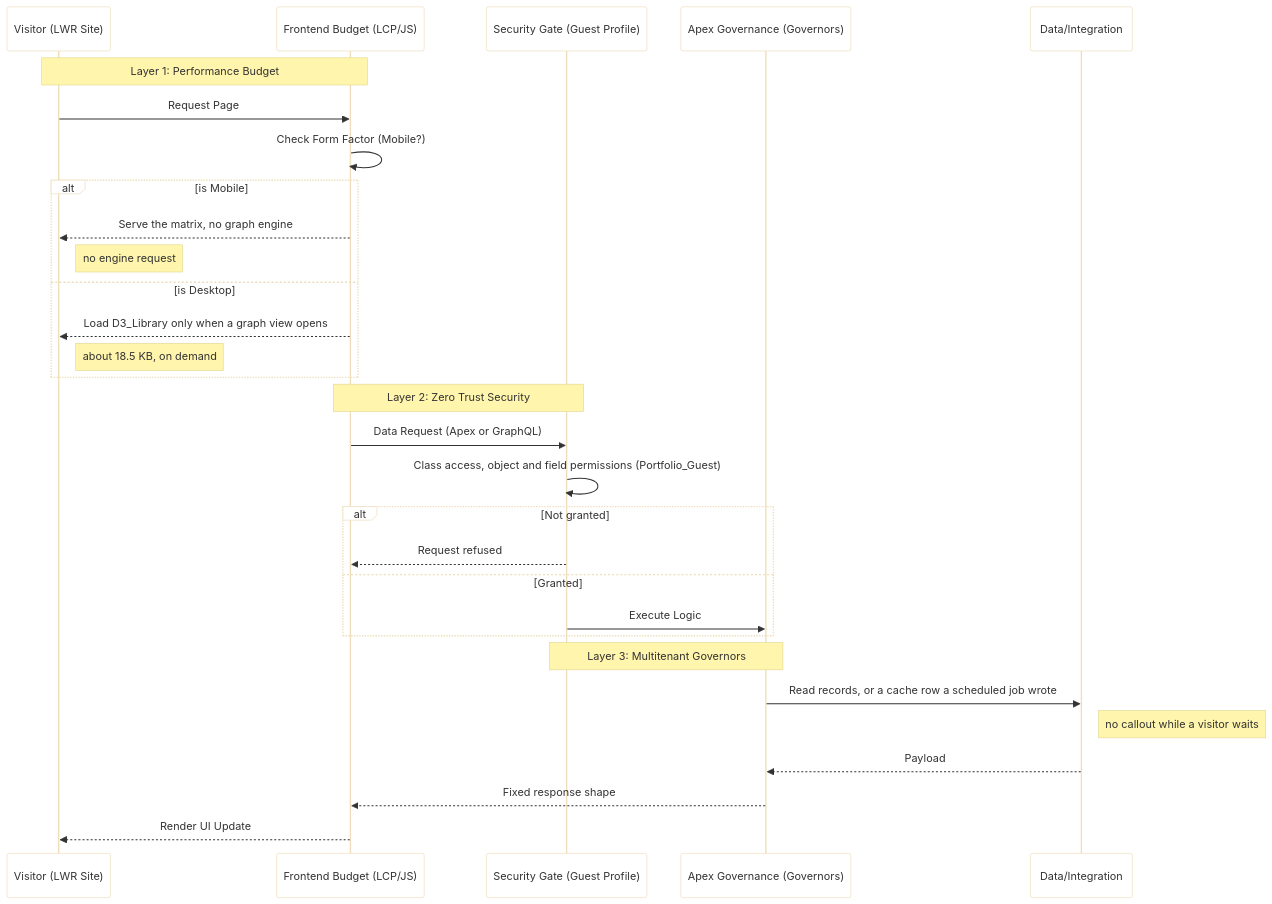
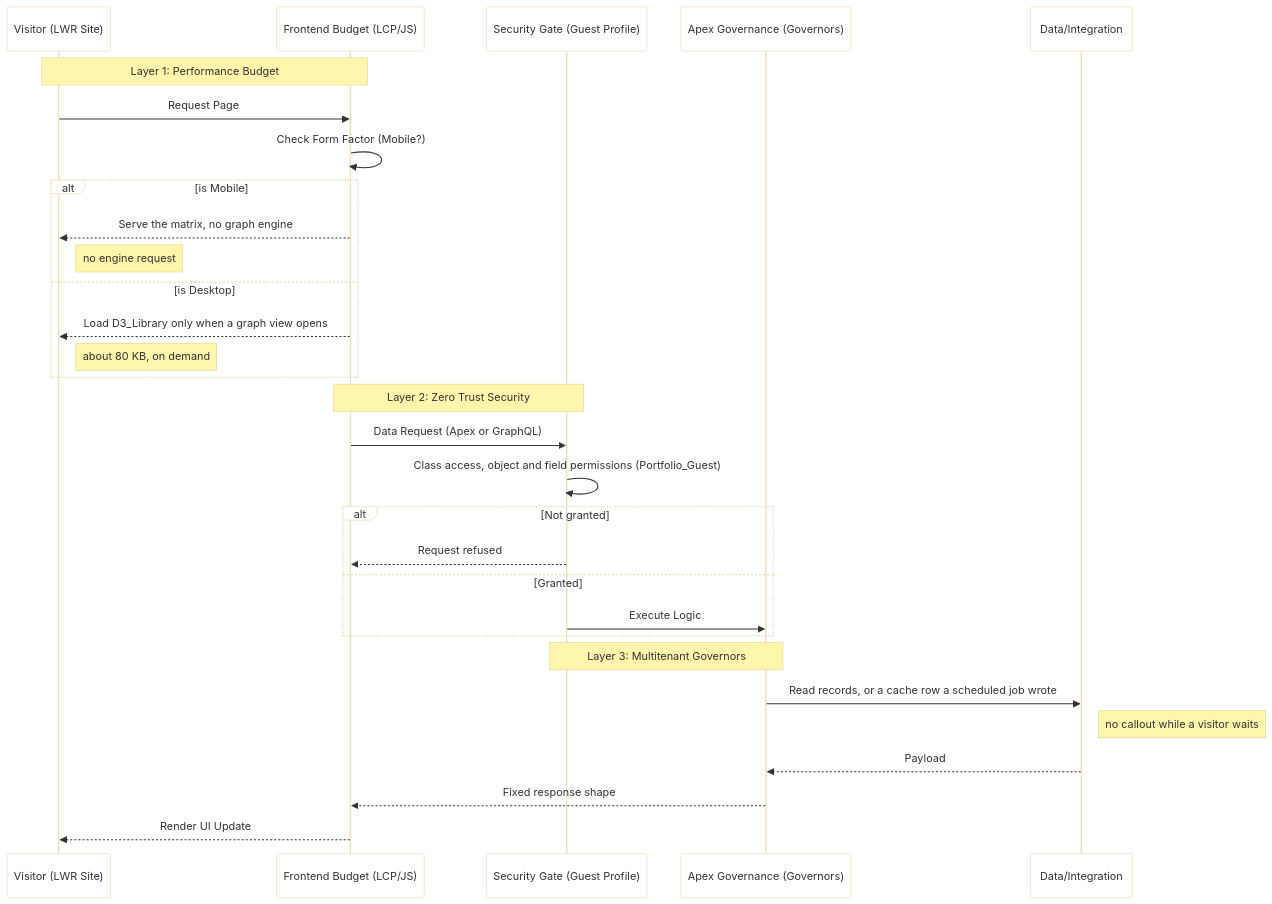
Before and after one commit to rdbumstead/salesforce-platform-architect-portfolio: the diagram in docs/guides/06-Guardrails-and-Executable-Governance.md, drawn with Mermaid. The commit also changed other lines of this file and 4 other files, not shown here.

First line of the commit message:
docs(guides): document View source, the source cache and the skills graph changes from merges 1 and 2

````diff
--- a/docs/guides/06-Guardrails-and-Executable-Governance.md
+++ b/docs/guides/06-Guardrails-and-Executable-Governance.md
@@ -155,36 +155,36 @@
 ```mermaid
 sequenceDiagram
     %%{init: {'theme': 'base', 'themeVariables': { 'mainBkg': '#ffffff'}}}%%
     participant U as Visitor (LWR Site)
     participant B as Frontend Budget (LCP/JS)
     participant G as Security Gate (Guest Profile)
     participant A as Apex Governance (Governors)
     participant D as Data/Integration
 
     Note over U,B: Layer 1: Performance Budget
     U->>B: Request Page
     B->>B: Check Form Factor (Mobile?)
     alt is Mobile
         B-->>U: Serve the matrix, no graph engine
         Note right of U: no engine request
     else is Desktop
         B-->>U: Load D3_Library only when a graph view opens
-        Note right of U: about 18.5 KB, on demand
+        Note right of U: about 80 KB, on demand
     end
 
     Note over B,G: Layer 2: Zero Trust Security
     B->>G: Data Request (Apex or GraphQL)
     G->>G: Class access, object and field permissions (Portfolio_Guest)
     alt Not granted
         G-->>B: Request refused
     else Granted
         G->>A: Execute Logic
     end
 
     Note over G,A: Layer 3: Multitenant Governors
     A->>D: Read records, or a cache row a scheduled job wrote
     Note right of D: no callout while a visitor waits
     D-->>A: Payload
     A-->>B: Fixed response shape
     B-->>U: Render UI Update
 ```
````
